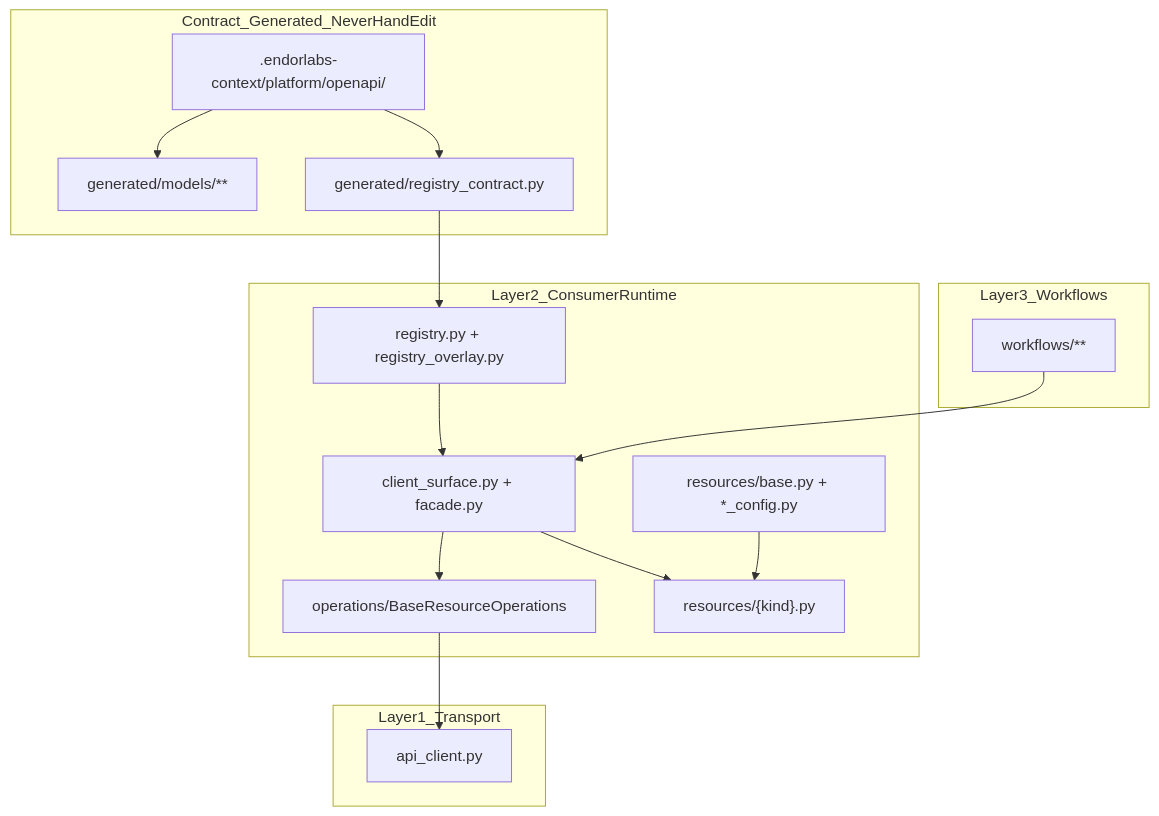
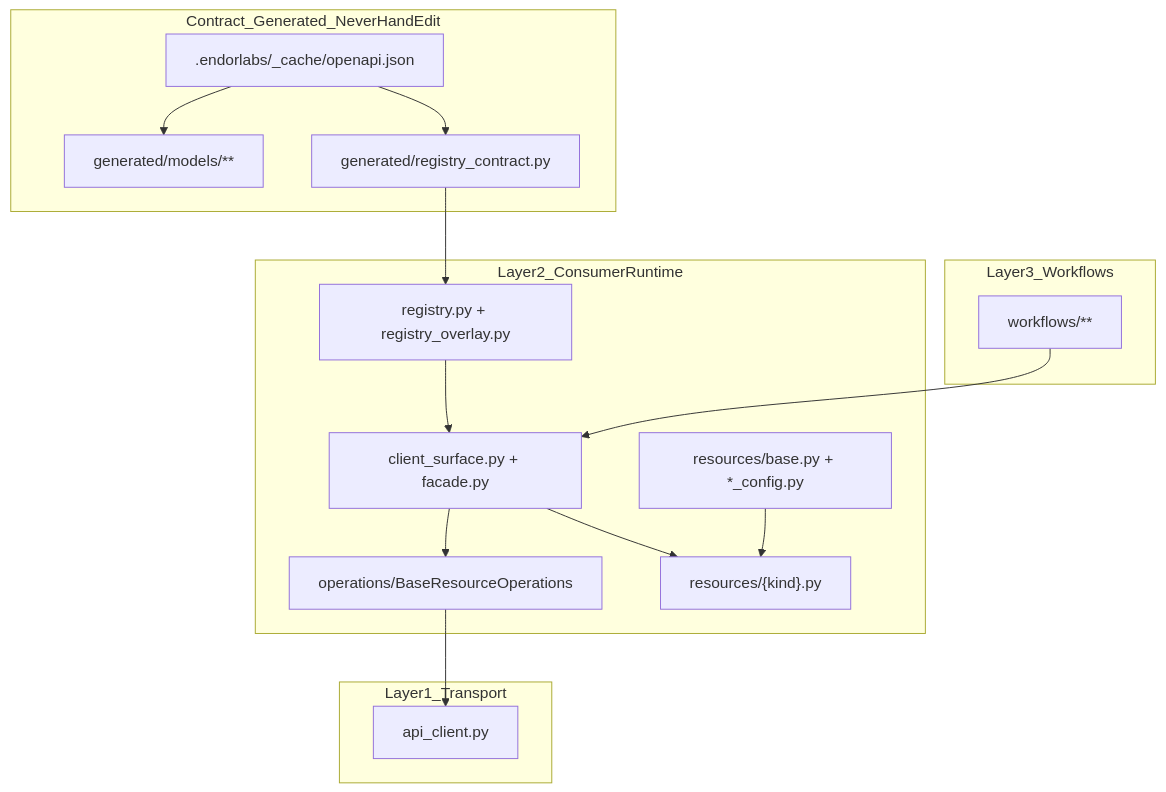
The second of 3 diagrams in docs/contributing/architecture.md (endorlabs/endorlabs-sdk), drawn with Mermaid before and after one commit. The commit also changed other lines of this file and 168 other files, not shown here.

````diff
--- a/docs/contributing/architecture.md
+++ b/docs/contributing/architecture.md
@@ -105,30 +105,30 @@
 ```mermaid
 flowchart TB
     subgraph transport [Layer1_Transport]
         APIClient["api_client.py"]
     end
     subgraph contract [Contract_Generated_NeverHandEdit]
-        OpenAPI[".endorlabs-context/platform/openapi/"]
+        OpenAPI[".endorlabs/_cache/openapi.json"]
         GenModels["generated/models/**"]
         GenContract["generated/registry_contract.py"]
     end
     subgraph runtime [Layer2_ConsumerRuntime]
         Registry["registry.py + registry_overlay.py"]
         Client["client_surface.py + facade.py"]
         Ops["operations/BaseResourceOperations"]
         ResBase["resources/base.py + *_config.py"]
         ResKinds["resources/{kind}.py"]
     end
     subgraph orchestration [Layer3_Workflows]
         Workflows["workflows/**"]
     end
     OpenAPI --> GenModels
     OpenAPI --> GenContract
     GenContract --> Registry
     Registry --> Client
     Client --> Ops
     Ops --> APIClient
     Client --> ResKinds
     ResBase --> ResKinds
     Workflows --> Client
 ```
````
